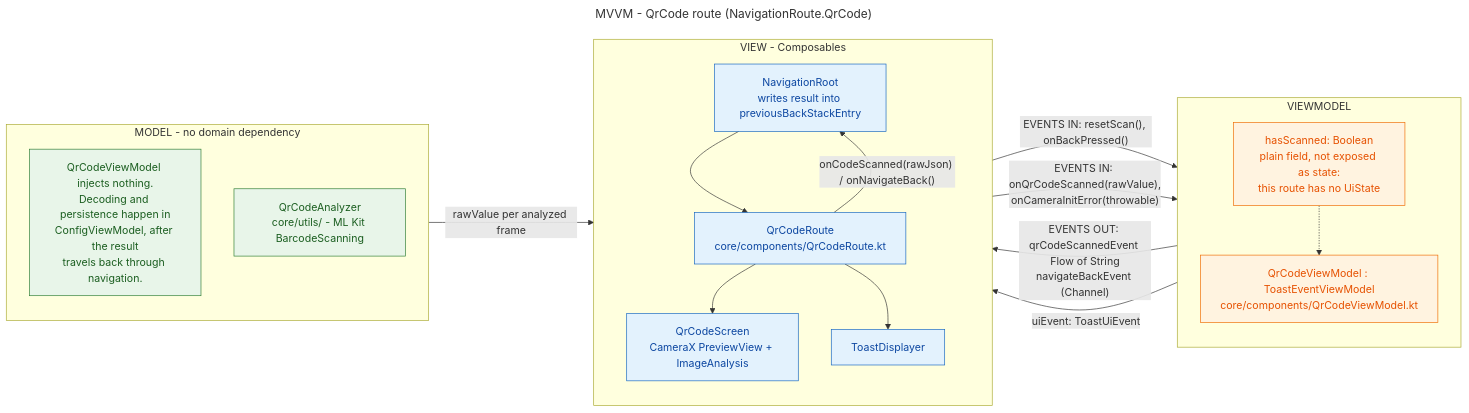
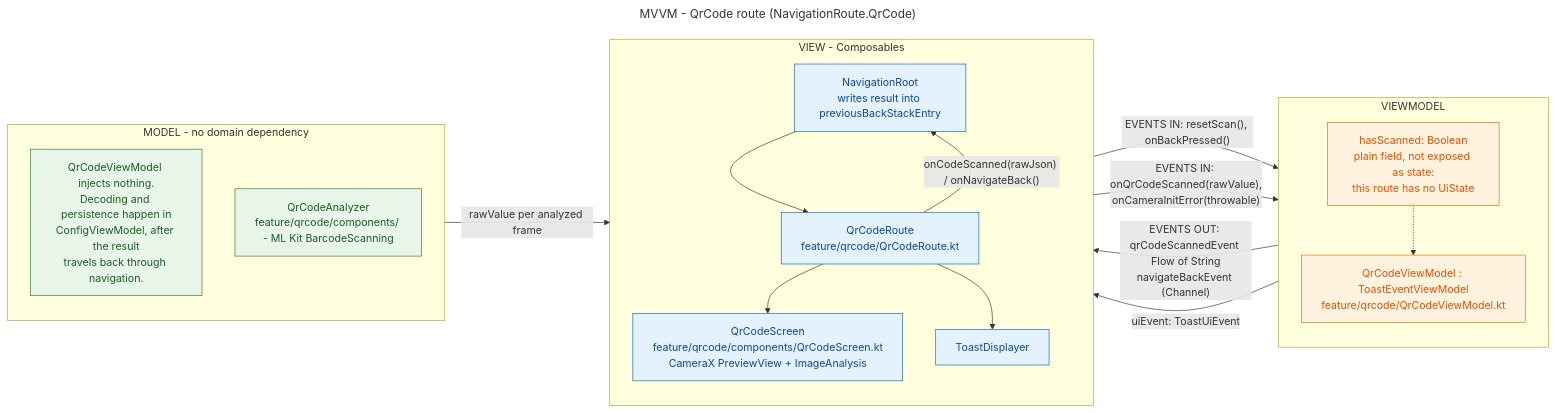
One commit to gdinn/cameras.casa changed the diagram in docs/diagrams/mvvm-qrcode-route.mmd. Above: the diagram before and after it, drawn with Mermaid. The commit also changed 11 other files, not shown here.

First line of the commit message:
refactor: move QR code screen into feature/qrcode (§9.1.2, §9.1.3)

```diff
--- a/docs/diagrams/mvvm-qrcode-route.mmd
+++ b/docs/diagrams/mvvm-qrcode-route.mmd
@@ -1,44 +1,44 @@
 ---
 title: "MVVM - QrCode route (NavigationRoute.QrCode)"
 ---
 flowchart LR
   classDef view fill:#e3f2fd,stroke:#1565c0,color:#0d47a1
   classDef vm fill:#fff3e0,stroke:#ef6c00,color:#e65100
   classDef model fill:#e8f5e9,stroke:#2e7d32,color:#1b5e20
   classDef data fill:#eceff1,stroke:#455a64,color:#263238
 
   subgraph V["VIEW - Composables"]
     direction TB
     Nav["NavigationRoot<br/>writes result into previousBackStackEntry"]
-    Route["QrCodeRoute<br/>core/components/QrCodeRoute.kt"]
-    Screen["QrCodeScreen<br/>CameraX PreviewView + ImageAnalysis"]
+    Route["QrCodeRoute<br/>feature/qrcode/QrCodeRoute.kt"]
+    Screen["QrCodeScreen<br/>feature/qrcode/components/QrCodeScreen.kt<br/>CameraX PreviewView + ImageAnalysis"]
     Toast["ToastDisplayer"]
     Nav --> Route
     Route --> Screen
     Route --> Toast
   end
 
   subgraph VMG["VIEWMODEL"]
     direction TB
-    VM["QrCodeViewModel : ToastEventViewModel<br/>core/components/QrCodeViewModel.kt"]
+    VM["QrCodeViewModel : ToastEventViewModel<br/>feature/qrcode/QrCodeViewModel.kt"]
     Flag["hasScanned: Boolean<br/>plain field, not exposed as state:<br/>this route has no UiState"]
     Flag -.-> VM
   end
 
   subgraph M["MODEL - no domain dependency"]
     direction TB
     None["QrCodeViewModel injects nothing.<br/>Decoding and persistence happen in<br/>ConfigViewModel, after the result<br/>travels back through navigation."]
-    Analyzer["QrCodeAnalyzer<br/>core/utils/ - ML Kit BarcodeScanning"]
+    Analyzer["QrCodeAnalyzer<br/>feature/qrcode/components/ - ML Kit BarcodeScanning"]
   end
 
   Route -->|"EVENTS IN: resetScan(), onBackPressed()"| VM
   Screen -->|"EVENTS IN: onQrCodeScanned(rawValue),<br/>onCameraInitError(throwable)"| VM
   Analyzer -->|"rawValue per analyzed frame"| Screen
 
   VM -->|"EVENTS OUT: qrCodeScannedEvent Flow of String<br/>navigateBackEvent (Channel)"| Route
   VM -->|"uiEvent: ToastUiEvent"| Toast
   Route -->|"onCodeScanned(rawJson) / onNavigateBack()"| Nav
 
   class Nav,Route,Screen,Toast view
   class VM,Flag vm
   class None,Analyzer model
```
